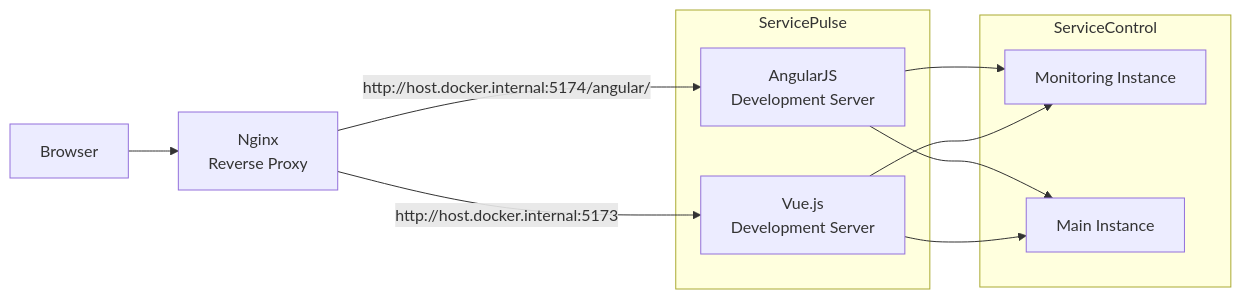
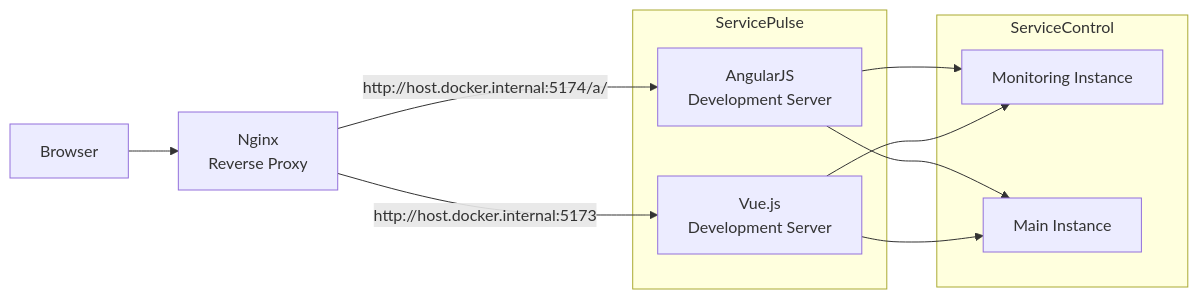
The diagram in README.md (Particular/ServicePulse), drawn with Mermaid before and after one commit. The commit also changed other lines of this file, not shown here.

Commit message:
update reamde.md with new angular app location

````diff
--- a/README.md
+++ b/README.md
@@ -12,22 +12,22 @@
 ```mermaid
 graph LR
   subgraph ServiceControl
     ScMonitoring
     ScError
   end
 
   subgraph ServicePulse
     AngularJs
     VueJs
   end
 
   Browser --> Nginx[Nginx<br>Reverse Proxy]
-  Nginx -- http://host.docker.internal:5174/angular/ --> AngularJs[AngularJS<br> Development Server]
+  Nginx -- http://host.docker.internal:5174/a/ --> AngularJs[AngularJS<br> Development Server]
   Nginx -- http://host.docker.internal:5173 --> VueJs[Vue.js<br> Development Server]
 
   AngularJs --> ScMonitoring[Monitoring Instance]
   AngularJs --> ScError[Main Instance]
 
   VueJs --> ScMonitoring
   VueJs --> ScError
 ```
````
